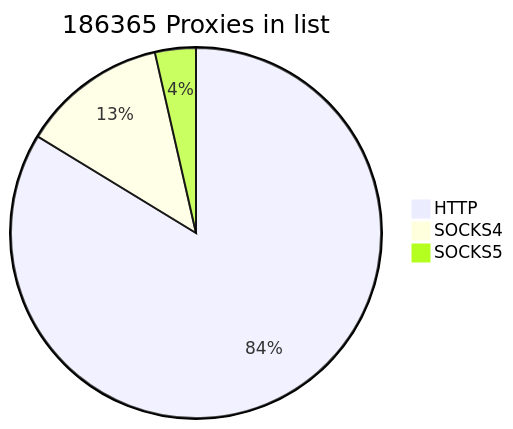
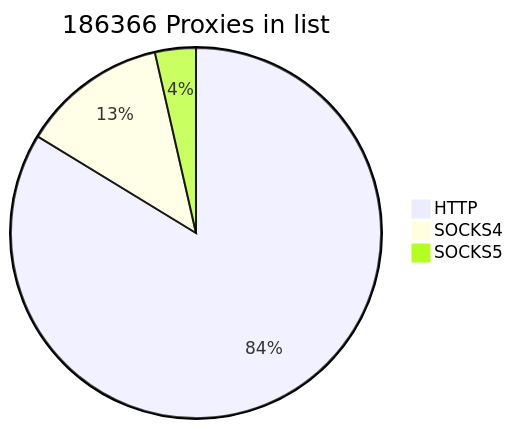
One commit to cutipu/proxylist changed the first of 2 diagrams in README.md. Above: the diagram before and after it, drawn with Mermaid. The commit also changed other lines of this file, not shown here.

````diff
--- a/README.md
+++ b/README.md
@@ -2,7 +2,7 @@
 ```mermaid
-pie title 186365 Proxies in list
+pie title 186366 Proxies in list
     "HTTP" : 156010
     "SOCKS4" : 23710
-    "SOCKS5" : 6645
+    "SOCKS5" : 6646
             
 ```
````
